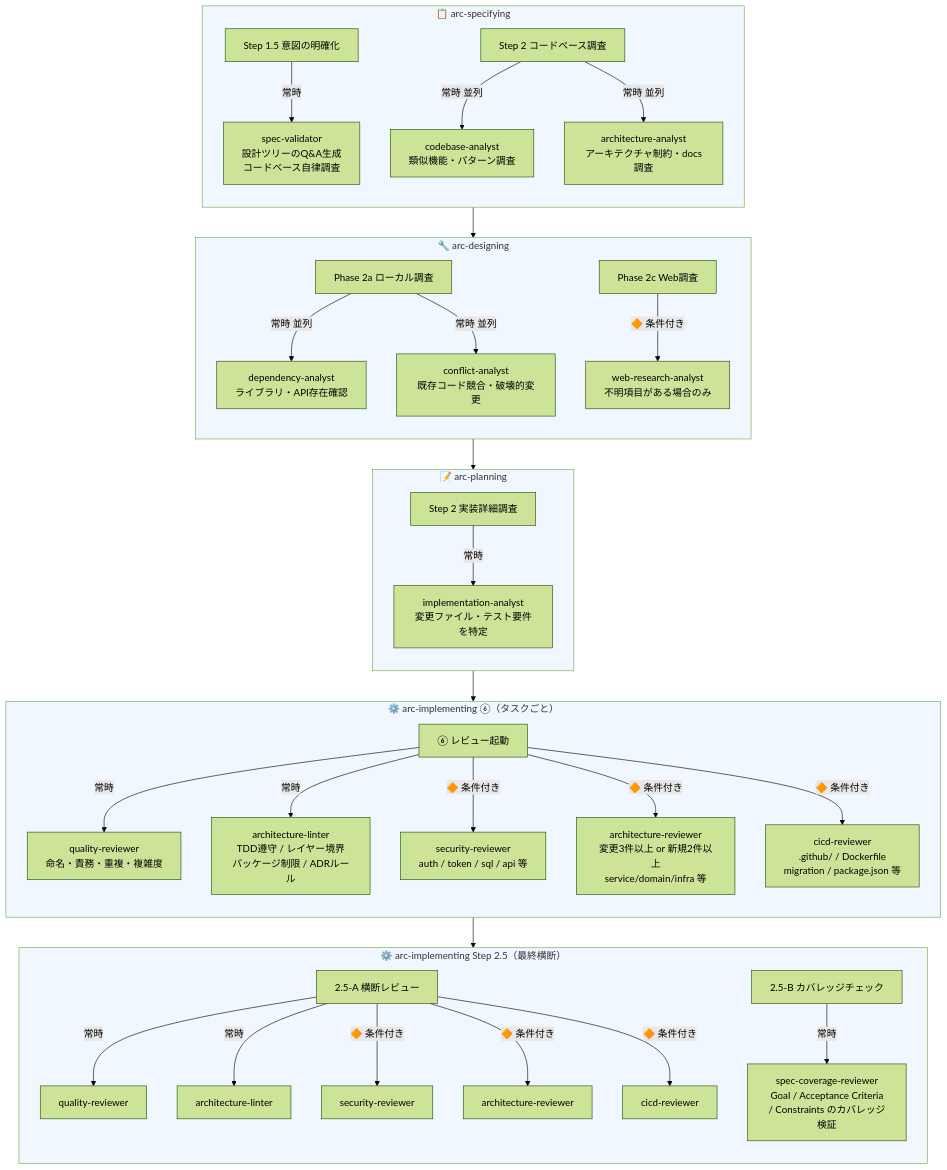
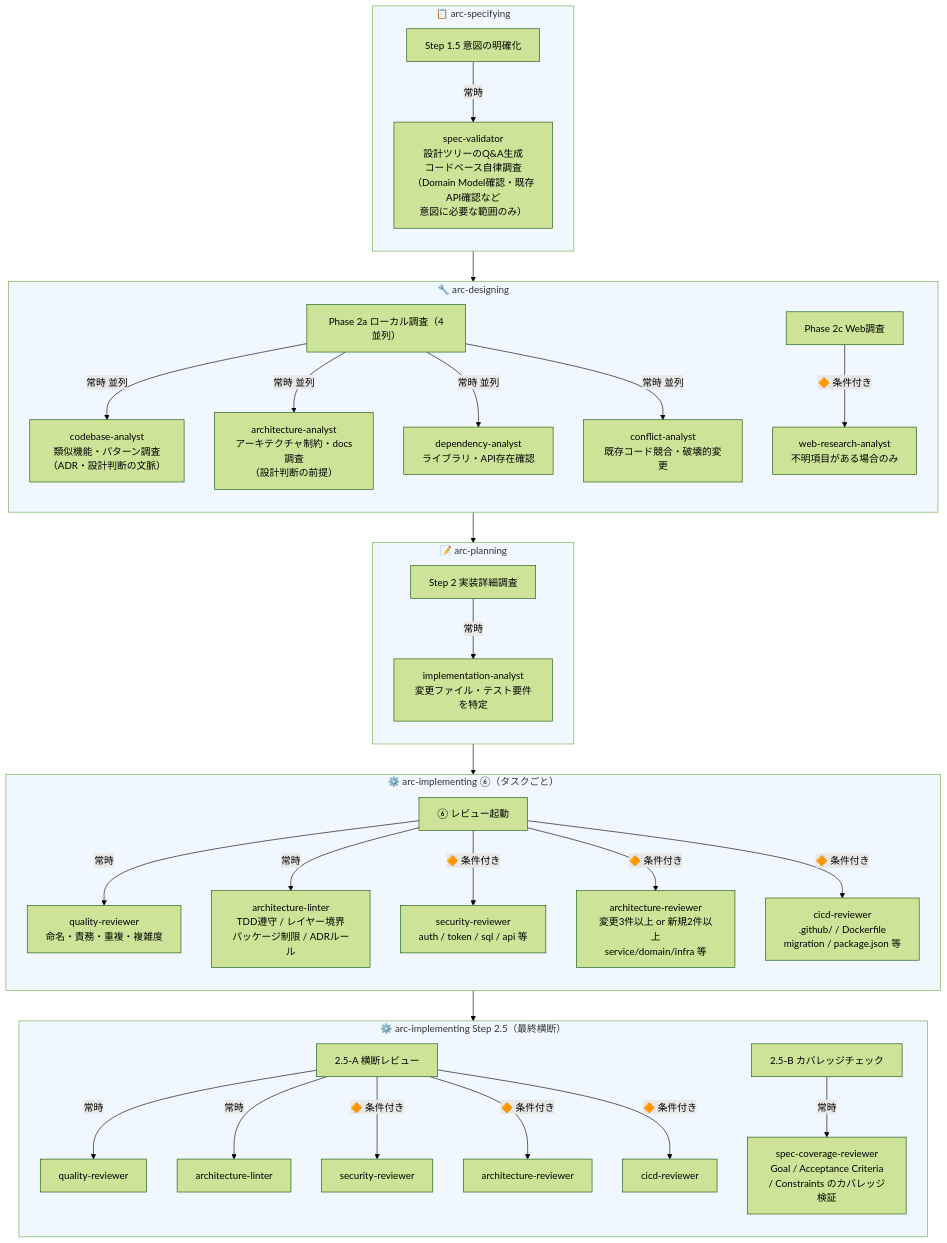
The third of 4 diagrams in plugins/arc/docs/arc-flow.md (kogatakanori/skills), drawn with Mermaid (forest theme) before and after one commit. The commit also changed other lines of this file and 2 other files, not shown here.

Commit message:
refactor(arc): codebase-analyst/architecture-analystをarc-designingに移動
arc-specifyingはWhy/Whatの意図に特化するため、HOWに影響するコードベース調査は
arc-designingに移動する。spec-validatorがDomain Model確認など意図に必要な
範囲のみを自律調査する。

- arc-specifying: Step 2（並列コードベース調査）を削除、Step 3→2/4→3/5→4に繰り上げ
- arc-designing: Phase 2aを4並列に拡張（codebase/architecture/dependency/conflict）
- arc-flow.md: 対応表・エージェントマップ図・エージェント一覧を更新

https://claude.ai/code/session_016RfSRtCiKgjJZjH7mGuJmt

```diff
--- a/plugins/arc/docs/arc-flow.md
+++ b/plugins/arc/docs/arc-flow.md
@@ -252,13 +252,8 @@
     subgraph SPEC["📋 arc-specifying"]
         direction TB
         S15["Step 1.5 意図の明確化"]
-        S2["Step 2 コードベース調査"]
-        sv["spec-validator\n設計ツリーのQ&A生成\nコードベース自律調査"]
-        cb["codebase-analyst\n類似機能・パターン調査"]
-        aa["architecture-analyst\nアーキテクチャ制約・docs調査"]
+        sv["spec-validator\n設計ツリーのQ&A生成\nコードベース自律調査\n（Domain Model確認・既存API確認など\n意図に必要な範囲のみ）"]
         S15 -->|"常時"| sv
-        S2 -->|"常時 並列"| cb
-        S2 -->|"常時 並列"| aa
     end
 
     %% ─────────────────────────────
@@ -266,11 +261,15 @@
     %% ─────────────────────────────
     subgraph DESIGN["🔧 arc-designing"]
         direction TB
-        D2a["Phase 2a ローカル調査"]
+        D2a["Phase 2a ローカル調査（4並列）"]
         D2c["Phase 2c Web調査"]
+        cb["codebase-analyst\n類似機能・パターン調査\n（ADR・設計判断の文脈）"]
+        aa["architecture-analyst\nアーキテクチャ制約・docs調査\n（設計判断の前提）"]
         dep["dependency-analyst\nライブラリ・API存在確認"]
         con["conflict-analyst\n既存コード競合・破壊的変更"]
         web["web-research-analyst\n不明項目がある場合のみ"]
+        D2a -->|"常時 並列"| cb
+        D2a -->|"常時 並列"| aa
         D2a -->|"常時 並列"| dep
         D2a -->|"常時 並列"| con
         D2c -->|"🔶 条件付き"| web
```
